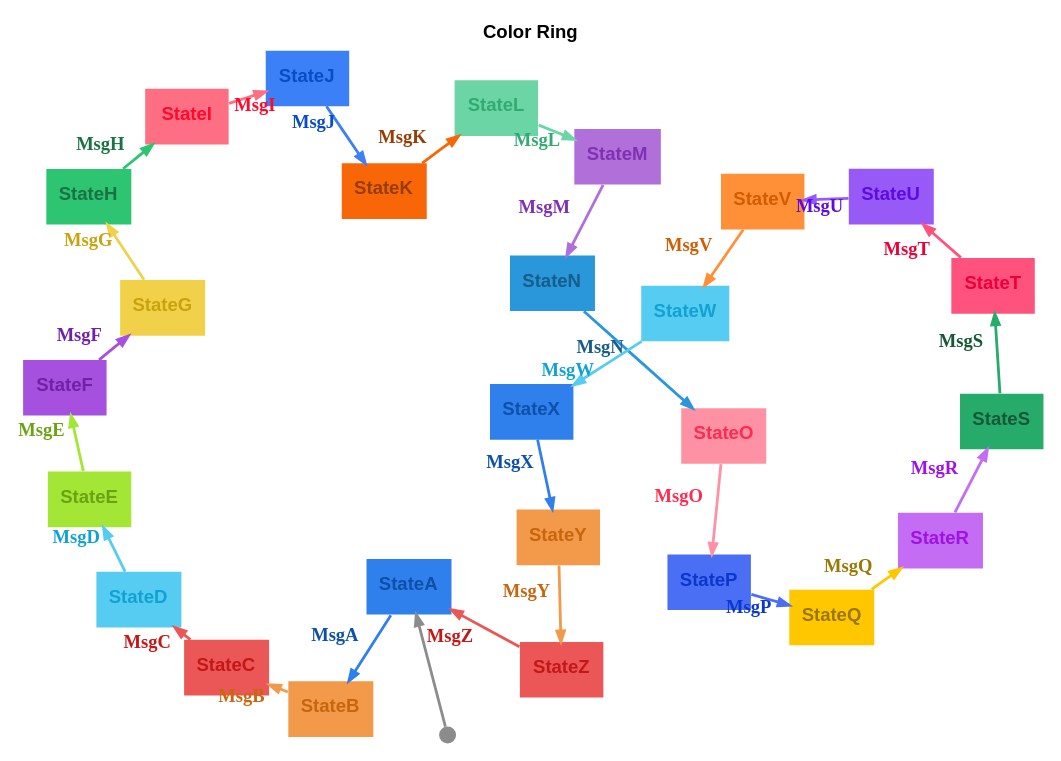
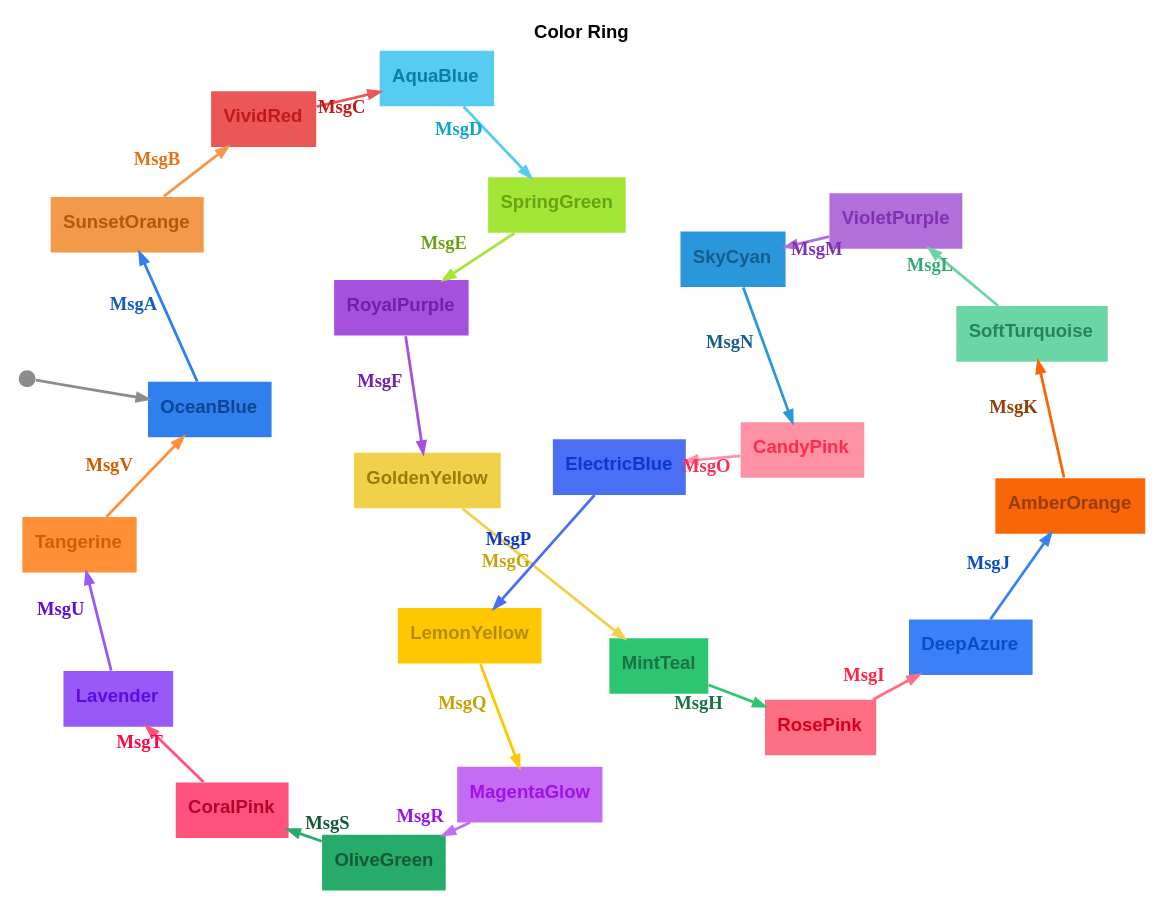
One commit to m-bock/purescript-transit changed the diagram in graphs/color-ring.dot. Above: the diagram before and after it, drawn with Graphviz. The commit also changed 18 other files, not shown here.

```diff
--- a/graphs/color-ring.dot
+++ b/graphs/color-ring.dot
@@ -1,59 +1,51 @@
 digraph 
 {
-rankdir = "TD";fontname = "Arial";label = <<b>Color Ring</b>>;labelloc = "t";fontsize = 12
+rankdir = "TD";fontname = "Arial";label = <<b>Color Ring</b>>;labelloc = "t";fontsize = 12;bgcolor = "#ffffff"
 graph [layout=sfdp;overlap=false, K=2.5, repulsiveforce=4, splines=true];
-StateA [shape = "box", label = <<b>StateA</b>>, fontsize = 12, style = "filled", fillcolor = "#2f80ed", fontcolor = "#0e50a8", fontname = "Arial", labelloc = "c", penwidth = 0.0]
+OceanBlue [shape = "box", label = <<b>OceanBlue</b>>, fontsize = 12, style = "filled", fillcolor = "#2f80ed", fontcolor = "#0c4590", fontname = "Arial", labelloc = "c", penwidth = 0.0]
 __Start__ [shape = "circle", label = "", width = 0.15, height = 0.15, fixedsize = true, style = "filled", fillcolor = "#8c8c8c", penwidth = 0.0]
-__Start__ -> StateA [color = "#8c8c8c", fontsize = 12, arrowsize = "0.7", penwidth = 1.8]
-StateA -> StateB [color = "#2f80ed", fontcolor = "#0e50a8", fontsize = 12, arrowsize = "0.7", label = <<b>MsgA</b>>, penwidth = 1.8]
-StateB [shape = "box", label = <<b>StateB</b>>, fontsize = 12, style = "filled", fillcolor = "#f2994a", fontcolor = "#c8660e", fontname = "Arial", labelloc = "c", penwidth = 0.0]
-StateB -> StateC [color = "#f2994a", fontcolor = "#c8660e", fontsize = 12, arrowsize = "0.7", label = <<b>MsgB</b>>, penwidth = 1.8]
-StateC [shape = "box", label = <<b>StateC</b>>, fontsize = 12, style = "filled", fillcolor = "#eb5757", fontcolor = "#c41717", fontname = "Arial", labelloc = "c", penwidth = 0.0]
-StateC -> StateD [color = "#eb5757", fontcolor = "#c41717", fontsize = 12, arrowsize = "0.7", label = <<b>MsgC</b>>, penwidth = 1.8]
-StateD [shape = "box", label = <<b>StateD</b>>, fontsize = 12, style = "filled", fillcolor = "#56ccf2", fontcolor = "#10a3d2", fontname = "Arial", labelloc = "c", penwidth = 0.0]
-StateD -> StateE [color = "#56ccf2", fontcolor = "#10a3d2", fontsize = 12, arrowsize = "0.7", label = <<b>MsgD</b>>, penwidth = 1.8]
-StateE [shape = "box", label = <<b>StateE</b>>, fontsize = 12, style = "filled", fillcolor = "#a3e635", fontcolor = "#6ca114", fontname = "Arial", labelloc = "c", penwidth = 0.0]
-StateE -> StateF [color = "#a3e635", fontcolor = "#6ca114", fontsize = 12, arrowsize = "0.7", label = <<b>MsgE</b>>, penwidth = 1.8]
-StateF [shape = "box", label = <<b>StateF</b>>, fontsize = 12, style = "filled", fillcolor = "#a550de", fontcolor = "#7120a8", fontname = "Arial", labelloc = "c", penwidth = 0.0]
-StateF -> StateG [color = "#a550de", fontcolor = "#7120a8", fontsize = 12, arrowsize = "0.7", label = <<b>MsgF</b>>, penwidth = 1.8]
-StateG [shape = "box", label = <<b>StateG</b>>, fontsize = 12, style = "filled", fillcolor = "#f2d14a", fontcolor = "#c8a30e", fontname = "Arial", labelloc = "c", penwidth = 0.0]
-StateG -> StateH [color = "#f2d14a", fontcolor = "#c8a30e", fontsize = 12, arrowsize = "0.7", label = <<b>MsgG</b>>, penwidth = 1.8]
-StateH [shape = "box", label = <<b>StateH</b>>, fontsize = 12, style = "filled", fillcolor = "#2dc472", fontcolor = "#1a7142", fontname = "Arial", labelloc = "c", penwidth = 0.0]
-StateH -> StateI [color = "#2dc472", fontcolor = "#1a7142", fontsize = 12, arrowsize = "0.7", label = <<b>MsgH</b>>, penwidth = 1.8]
-StateI [shape = "box", label = <<b>StateI</b>>, fontsize = 12, style = "filled", fillcolor = "#ff6f84", fontcolor = "#ff092d", fontname = "Arial", labelloc = "c", penwidth = 0.0]
-StateI -> StateJ [color = "#ff6f84", fontcolor = "#ff092d", fontsize = 12, arrowsize = "0.7", label = <<b>MsgI</b>>, penwidth = 1.8]
-StateJ [shape = "box", label = <<b>StateJ</b>>, fontsize = 12, style = "filled", fillcolor = "#3c80f7", fontcolor = "#084dc5", fontname = "Arial", labelloc = "c", penwidth = 0.0]
-StateJ -> StateK [color = "#3c80f7", fontcolor = "#084dc5", fontsize = 12, arrowsize = "0.7", label = <<b>MsgJ</b>>, penwidth = 1.8]
-StateK [shape = "box", label = <<b>StateK</b>>, fontsize = 12, style = "filled", fillcolor = "#f86607", fontcolor = "#953d04", fontname = "Arial", labelloc = "c", penwidth = 0.0]
-StateK -> StateL [color = "#f86607", fontcolor = "#953d04", fontsize = 12, arrowsize = "0.7", label = <<b>MsgK</b>>, penwidth = 1.8]
-StateL [shape = "box", label = <<b>StateL</b>>, fontsize = 12, style = "filled", fillcolor = "#6cd5a5", fontcolor = "#31ab72", fontname = "Arial", labelloc = "c", penwidth = 0.0]
-StateL -> StateM [color = "#6cd5a5", fontcolor = "#31ab72", fontsize = 12, arrowsize = "0.7", label = <<b>MsgL</b>>, penwidth = 1.8]
-StateM [shape = "box", label = <<b>StateM</b>>, fontsize = 12, style = "filled", fillcolor = "#b06fd9", fontcolor = "#8030b2", fontname = "Arial", labelloc = "c", penwidth = 0.0]
-StateM -> StateN [color = "#b06fd9", fontcolor = "#8030b2", fontsize = 12, arrowsize = "0.7", label = <<b>MsgM</b>>, penwidth = 1.8]
-StateN [shape = "box", label = <<b>StateN</b>>, fontsize = 12, style = "filled", fillcolor = "#2b97db", fontcolor = "#175d89", fontname = "Arial", labelloc = "c", penwidth = 0.0]
-StateN -> StateO [color = "#2b97db", fontcolor = "#175d89", fontsize = 12, arrowsize = "0.7", label = <<b>MsgN</b>>, penwidth = 1.8]
-StateO [shape = "box", label = <<b>StateO</b>>, fontsize = 12, style = "filled", fillcolor = "#ff91a4", fontcolor = "#ff2b51", fontname = "Arial", labelloc = "c", penwidth = 0.0]
-StateO -> StateP [color = "#ff91a4", fontcolor = "#ff2b51", fontsize = 12, arrowsize = "0.7", label = <<b>MsgO</b>>, penwidth = 1.8]
-StateP [shape = "box", label = <<b>StateP</b>>, fontsize = 12, style = "filled", fillcolor = "#4a6ff4", fontcolor = "#0c36cd", fontname = "Arial", labelloc = "c", penwidth = 0.0]
-StateP -> StateQ [color = "#4a6ff4", fontcolor = "#0c36cd", fontsize = 12, arrowsize = "0.7", label = <<b>MsgP</b>>, penwidth = 1.8]
-StateQ [shape = "box", label = <<b>StateQ</b>>, fontsize = 12, style = "filled", fillcolor = "#ffc700", fontcolor = "#997700", fontname = "Arial", labelloc = "c", penwidth = 0.0]
-StateQ -> StateR [color = "#ffc700", fontcolor = "#997700", fontsize = 12, arrowsize = "0.7", label = <<b>MsgQ</b>>, penwidth = 1.8]
-StateR [shape = "box", label = <<b>StateR</b>>, fontsize = 12, style = "filled", fillcolor = "#c56cf4", fontcolor = "#9e12e8", fontname = "Arial", labelloc = "c", penwidth = 0.0]
-StateR -> StateS [color = "#c56cf4", fontcolor = "#9e12e8", fontsize = 12, arrowsize = "0.7", label = <<b>MsgR</b>>, penwidth = 1.8]
-StateS [shape = "box", label = <<b>StateS</b>>, fontsize = 12, style = "filled", fillcolor = "#26ab6b", fontcolor = "#145837", fontname = "Arial", labelloc = "c", penwidth = 0.0]
-StateS -> StateT [color = "#26ab6b", fontcolor = "#145837", fontsize = 12, arrowsize = "0.7", label = <<b>MsgS</b>>, penwidth = 1.8]
-StateT [shape = "box", label = <<b>StateT</b>>, fontsize = 12, style = "filled", fillcolor = "#ff527c", fontcolor = "#eb0039", fontname = "Arial", labelloc = "c", penwidth = 0.0]
-StateT -> StateU [color = "#ff527c", fontcolor = "#eb0039", fontsize = 12, arrowsize = "0.7", label = <<b>MsgT</b>>, penwidth = 1.8]
-StateU [shape = "box", label = <<b>StateU</b>>, fontsize = 12, style = "filled", fillcolor = "#975af7", fontcolor = "#5e0be0", fontname = "Arial", labelloc = "c", penwidth = 0.0]
-StateU -> StateV [color = "#975af7", fontcolor = "#5e0be0", fontsize = 12, arrowsize = "0.7", label = <<b>MsgU</b>>, penwidth = 1.8]
-StateV [shape = "box", label = <<b>StateV</b>>, fontsize = 12, style = "filled", fillcolor = "#ff9038", fontcolor = "#d15d00", fontname = "Arial", labelloc = "c", penwidth = 0.0]
-StateV -> StateW [color = "#ff9038", fontcolor = "#d15d00", fontsize = 12, arrowsize = "0.7", label = <<b>MsgV</b>>, penwidth = 1.8]
-StateW [shape = "box", label = <<b>StateW</b>>, fontsize = 12, style = "filled", fillcolor = "#56ccf2", fontcolor = "#10a3d2", fontname = "Arial", labelloc = "c", penwidth = 0.0]
-StateW -> StateX [color = "#56ccf2", fontcolor = "#10a3d2", fontsize = 12, arrowsize = "0.7", label = <<b>MsgW</b>>, penwidth = 1.8]
-StateX [shape = "box", label = <<b>StateX</b>>, fontsize = 12, style = "filled", fillcolor = "#2f80ed", fontcolor = "#0e50a8", fontname = "Arial", labelloc = "c", penwidth = 0.0]
-StateX -> StateY [color = "#2f80ed", fontcolor = "#0e50a8", fontsize = 12, arrowsize = "0.7", label = <<b>MsgX</b>>, penwidth = 1.8]
-StateY [shape = "box", label = <<b>StateY</b>>, fontsize = 12, style = "filled", fillcolor = "#f2994a", fontcolor = "#c8660e", fontname = "Arial", labelloc = "c", penwidth = 0.0]
-StateY -> StateZ [color = "#f2994a", fontcolor = "#c8660e", fontsize = 12, arrowsize = "0.7", label = <<b>MsgY</b>>, penwidth = 1.8]
-StateZ [shape = "box", label = <<b>StateZ</b>>, fontsize = 12, style = "filled", fillcolor = "#eb5757", fontcolor = "#c41717", fontname = "Arial", labelloc = "c", penwidth = 0.0]
-StateZ -> StateA [color = "#eb5757", fontcolor = "#c41717", fontsize = 12, arrowsize = "0.7", label = <<b>MsgZ</b>>, penwidth = 1.8]
+__Start__ -> OceanBlue [color = "#8c8c8c", fontsize = 12, arrowsize = "0.7", penwidth = 1.8]
+OceanBlue -> SunsetOrange [color = "#2f80ed", fontcolor = "#115bbf", fontsize = 12, arrowsize = "0.7", label = <<b>MsgA</b>>, penwidth = 1.8]
+SunsetOrange [shape = "box", label = <<b>SunsetOrange</b>>, fontsize = 12, style = "filled", fillcolor = "#f2994a", fontcolor = "#b0590d", fontname = "Arial", labelloc = "c", penwidth = 0.0]
+SunsetOrange -> VividRed [color = "#f2994a", fontcolor = "#e07210", fontsize = 12, arrowsize = "0.7", label = <<b>MsgB</b>>, penwidth = 1.8]
+VividRed [shape = "box", label = <<b>VividRed</b>>, fontsize = 12, style = "filled", fillcolor = "#eb5757", fontcolor = "#c41717", fontname = "Arial", labelloc = "c", penwidth = 0.0]
+VividRed -> AquaBlue [color = "#eb5757", fontcolor = "#c41717", fontsize = 12, arrowsize = "0.7", label = <<b>MsgC</b>>, penwidth = 1.8]
+AquaBlue [shape = "box", label = <<b>AquaBlue</b>>, fontsize = 12, style = "filled", fillcolor = "#56ccf2", fontcolor = "#0d7ea2", fontname = "Arial", labelloc = "c", penwidth = 0.0]
+AquaBlue -> SpringGreen [color = "#56ccf2", fontcolor = "#10a3d2", fontsize = 12, arrowsize = "0.7", label = <<b>MsgD</b>>, penwidth = 1.8]
+SpringGreen [shape = "box", label = <<b>SpringGreen</b>>, fontsize = 12, style = "filled", fillcolor = "#a3e635", fontcolor = "#6ca114", fontname = "Arial", labelloc = "c", penwidth = 0.0]
+SpringGreen -> RoyalPurple [color = "#a3e635", fontcolor = "#6ca114", fontsize = 12, arrowsize = "0.7", label = <<b>MsgE</b>>, penwidth = 1.8]
+RoyalPurple [shape = "box", label = <<b>RoyalPurple</b>>, fontsize = 12, style = "filled", fillcolor = "#a550de", fontcolor = "#7120a8", fontname = "Arial", labelloc = "c", penwidth = 0.0]
+RoyalPurple -> GoldenYellow [color = "#a550de", fontcolor = "#7120a8", fontsize = 12, arrowsize = "0.7", label = <<b>MsgF</b>>, penwidth = 1.8]
+GoldenYellow [shape = "box", label = <<b>GoldenYellow</b>>, fontsize = 12, style = "filled", fillcolor = "#f2d14a", fontcolor = "#987c0b", fontname = "Arial", labelloc = "c", penwidth = 0.0]
+GoldenYellow -> MintTeal [color = "#f2d14a", fontcolor = "#c8a30e", fontsize = 12, arrowsize = "0.7", label = <<b>MsgG</b>>, penwidth = 1.8]
+MintTeal [shape = "box", label = <<b>MintTeal</b>>, fontsize = 12, style = "filled", fillcolor = "#2dc472", fontcolor = "#1a7142", fontname = "Arial", labelloc = "c", penwidth = 0.0]
+MintTeal -> RosePink [color = "#2dc472", fontcolor = "#1a7142", fontsize = 12, arrowsize = "0.7", label = <<b>MsgH</b>>, penwidth = 1.8]
+RosePink [shape = "box", label = <<b>RosePink</b>>, fontsize = 12, style = "filled", fillcolor = "#ff6f84", fontcolor = "#d5001f", fontname = "Arial", labelloc = "c", penwidth = 0.0]
+RosePink -> DeepAzure [color = "#ff6f84", fontcolor = "#ff2343", fontsize = 12, arrowsize = "0.7", label = <<b>MsgI</b>>, penwidth = 1.8]
+DeepAzure [shape = "box", label = <<b>DeepAzure</b>>, fontsize = 12, style = "filled", fillcolor = "#3c80f7", fontcolor = "#084dc5", fontname = "Arial", labelloc = "c", penwidth = 0.0]
+DeepAzure -> AmberOrange [color = "#3c80f7", fontcolor = "#084dc5", fontsize = 12, arrowsize = "0.7", label = <<b>MsgJ</b>>, penwidth = 1.8]
+AmberOrange [shape = "box", label = <<b>AmberOrange</b>>, fontsize = 12, style = "filled", fillcolor = "#f86607", fontcolor = "#953d04", fontname = "Arial", labelloc = "c", penwidth = 0.0]
+AmberOrange -> SoftTurquoise [color = "#f86607", fontcolor = "#953d04", fontsize = 12, arrowsize = "0.7", label = <<b>MsgK</b>>, penwidth = 1.8]
+SoftTurquoise [shape = "box", label = <<b>SoftTurquoise</b>>, fontsize = 12, style = "filled", fillcolor = "#6cd5a5", fontcolor = "#258458", fontname = "Arial", labelloc = "c", penwidth = 0.0]
+SoftTurquoise -> VioletPurple [color = "#6cd5a5", fontcolor = "#31ab72", fontsize = 12, arrowsize = "0.7", label = <<b>MsgL</b>>, penwidth = 1.8]
+VioletPurple [shape = "box", label = <<b>VioletPurple</b>>, fontsize = 12, style = "filled", fillcolor = "#b06fd9", fontcolor = "#8030b2", fontname = "Arial", labelloc = "c", penwidth = 0.0]
+VioletPurple -> SkyCyan [color = "#b06fd9", fontcolor = "#8030b2", fontsize = 12, arrowsize = "0.7", label = <<b>MsgM</b>>, penwidth = 1.8]
+SkyCyan [shape = "box", label = <<b>SkyCyan</b>>, fontsize = 12, style = "filled", fillcolor = "#2b97db", fontcolor = "#175d89", fontname = "Arial", labelloc = "c", penwidth = 0.0]
+SkyCyan -> CandyPink [color = "#2b97db", fontcolor = "#175d89", fontsize = 12, arrowsize = "0.7", label = <<b>MsgN</b>>, penwidth = 1.8]
+CandyPink [shape = "box", label = <<b>CandyPink</b>>, fontsize = 12, style = "filled", fillcolor = "#ff91a4", fontcolor = "#ff2b51", fontname = "Arial", labelloc = "c", penwidth = 0.0]
+CandyPink -> ElectricBlue [color = "#ff91a4", fontcolor = "#ff2b51", fontsize = 12, arrowsize = "0.7", label = <<b>MsgO</b>>, penwidth = 1.8]
+ElectricBlue [shape = "box", label = <<b>ElectricBlue</b>>, fontsize = 12, style = "filled", fillcolor = "#4a6ff4", fontcolor = "#0c36cd", fontname = "Arial", labelloc = "c", penwidth = 0.0]
+ElectricBlue -> LemonYellow [color = "#4a6ff4", fontcolor = "#0c36cd", fontsize = 12, arrowsize = "0.7", label = <<b>MsgP</b>>, penwidth = 1.8]
+LemonYellow [shape = "box", label = <<b>LemonYellow</b>>, fontsize = 12, style = "filled", fillcolor = "#ffc700", fontcolor = "#b38b00", fontname = "Arial", labelloc = "c", penwidth = 0.0]
+LemonYellow -> MagentaGlow [color = "#ffc700", fontcolor = "#cc9f00", fontsize = 12, arrowsize = "0.7", label = <<b>MsgQ</b>>, penwidth = 1.8]
+MagentaGlow [shape = "box", label = <<b>MagentaGlow</b>>, fontsize = 12, style = "filled", fillcolor = "#c56cf4", fontcolor = "#9e12e8", fontname = "Arial", labelloc = "c", penwidth = 0.0]
+MagentaGlow -> OliveGreen [color = "#c56cf4", fontcolor = "#9e12e8", fontsize = 12, arrowsize = "0.7", label = <<b>MsgR</b>>, penwidth = 1.8]
+OliveGreen [shape = "box", label = <<b>OliveGreen</b>>, fontsize = 12, style = "filled", fillcolor = "#26ab6b", fontcolor = "#145837", fontname = "Arial", labelloc = "c", penwidth = 0.0]
+OliveGreen -> CoralPink [color = "#26ab6b", fontcolor = "#145837", fontsize = 12, arrowsize = "0.7", label = <<b>MsgS</b>>, penwidth = 1.8]
+CoralPink [shape = "box", label = <<b>CoralPink</b>>, fontsize = 12, style = "filled", fillcolor = "#ff527c", fontcolor = "#b8002c", fontname = "Arial", labelloc = "c", penwidth = 0.0]
+CoralPink -> Lavender [color = "#ff527c", fontcolor = "#ff0642", fontsize = 12, arrowsize = "0.7", label = <<b>MsgT</b>>, penwidth = 1.8]
+Lavender [shape = "box", label = <<b>Lavender</b>>, fontsize = 12, style = "filled", fillcolor = "#975af7", fontcolor = "#5e0be0", fontname = "Arial", labelloc = "c", penwidth = 0.0]
+Lavender -> Tangerine [color = "#975af7", fontcolor = "#5e0be0", fontsize = 12, arrowsize = "0.7", label = <<b>MsgU</b>>, penwidth = 1.8]
+Tangerine [shape = "box", label = <<b>Tangerine</b>>, fontsize = 12, style = "filled", fillcolor = "#ff9038", fontcolor = "#d15d00", fontname = "Arial", labelloc = "c", penwidth = 0.0]
+Tangerine -> OceanBlue [color = "#ff9038", fontcolor = "#d15d00", fontsize = 12, arrowsize = "0.7", label = <<b>MsgV</b>>, penwidth = 1.8]
 }
```
